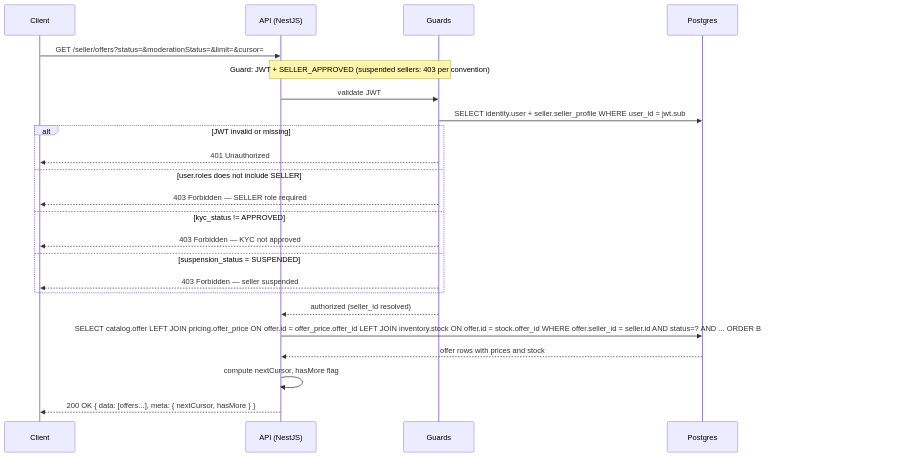
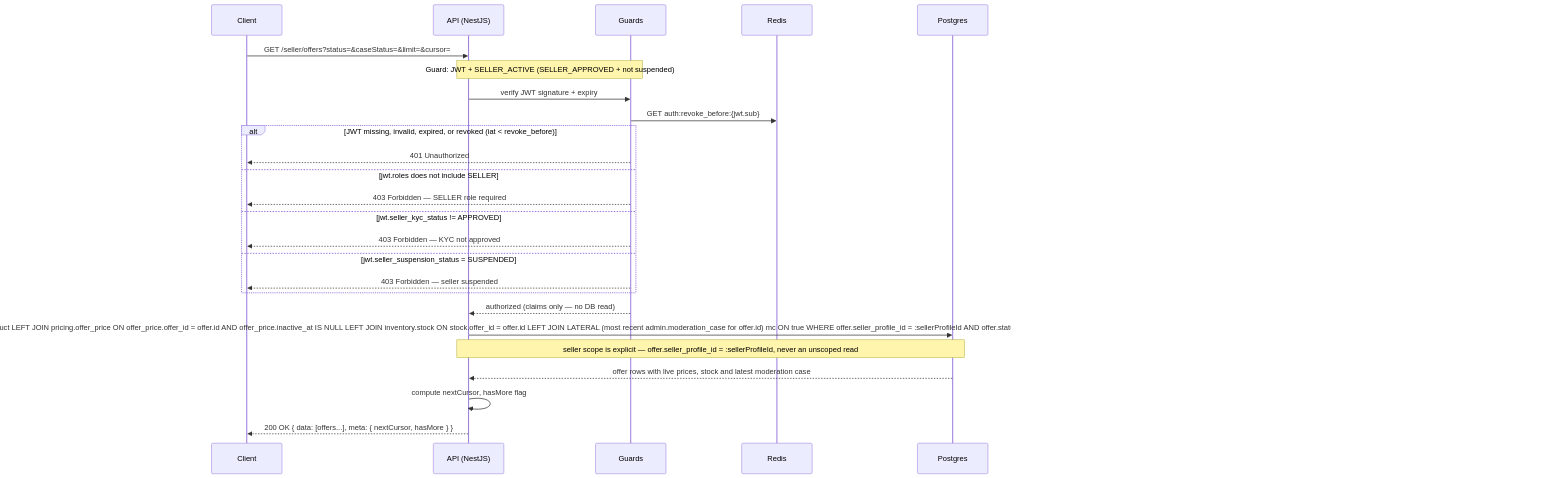
One commit to alisa-uthi/aliceut-ecom-document changed the eighth of 23 diagrams in phase-1/technical-design/api-design/seller.md. Above: the diagram before and after it, drawn with Mermaid. The commit also changed other lines of this file and 73 other files, not shown here.

````diff
--- a/phase-1/technical-design/api-design/seller.md
+++ b/phase-1/technical-design/api-design/seller.md
@@ -523,28 +762,30 @@
 ```mermaid
 sequenceDiagram
     participant C as Client
     participant A as API (NestJS)
     participant G as Guards
+    participant R as Redis
     participant P as Postgres
 
-    C->>A: GET /seller/offers?status=&moderationStatus=&limit=&cursor=
-    Note over A,G: Guard: JWT + SELLER_APPROVED (suspended sellers: 403 per convention)
-    A->>G: validate JWT
-    G->>P: SELECT identity.user + seller.seller_profile WHERE user_id = jwt.sub
-    alt JWT invalid or missing
+    C->>A: GET /seller/offers?status=&caseStatus=&limit=&cursor=
+    Note over A,G: Guard: JWT + SELLER_ACTIVE (SELLER_APPROVED + not suspended)
+    A->>G: verify JWT signature + expiry
+    G->>R: GET auth:revoke_before:{jwt.sub}
+    alt JWT missing, invalid, expired, or revoked (iat < revoke_before)
         G-->>C: 401 Unauthorized
-    else user.roles does not include SELLER
+    else jwt.roles does not include SELLER
         G-->>C: 403 Forbidden — SELLER role required
-    else kyc_status != APPROVED
+    else jwt.seller_kyc_status != APPROVED
         G-->>C: 403 Forbidden — KYC not approved
-    else suspension_status = SUSPENDED
+    else jwt.seller_suspension_status = SUSPENDED
         G-->>C: 403 Forbidden — seller suspended
     end
-    G-->>A: authorized (seller_id resolved)
+    G-->>A: authorized (claims only — no DB read)
 
-    A->>P: SELECT catalog.offer LEFT JOIN pricing.offer_price ON offer.id = offer_price.offer_id LEFT JOIN inventory.stock ON offer.id = stock.offer_id WHERE offer.seller_id = seller.id AND status=? AND ... ORDER BY created_at cursor-paginated LIMIT limit+1
-    P-->>A: offer rows with prices and stock
+    A->>P: SELECT catalog.offer JOIN catalog.product LEFT JOIN pricing.offer_price ON offer_price.offer_id = offer.id AND offer_price.inactive_at IS NULL LEFT JOIN inventory.stock ON stock.offer_id = offer.id LEFT JOIN LATERAL (most recent admin.moderation_case for offer.id) mc ON true WHERE offer.seller_profile_id = :sellerProfileId AND offer.status = COALESCE(:status, offer.status) AND (offer.created_at, offer.id) < (:cursorCreatedAt, :cursorId) ORDER BY offer.created_at DESC, offer.id DESC LIMIT limit+1
+    Note over A,P: seller scope is explicit — offer.seller_profile_id = :sellerProfileId, never an unscoped read
+    P-->>A: offer rows with live prices, stock and latest moderation case
 
     A->>A: compute nextCursor, hasMore flag
     A-->>C: 200 OK { data: [offers...], meta: { nextCursor, hasMore } }
 ```
````
